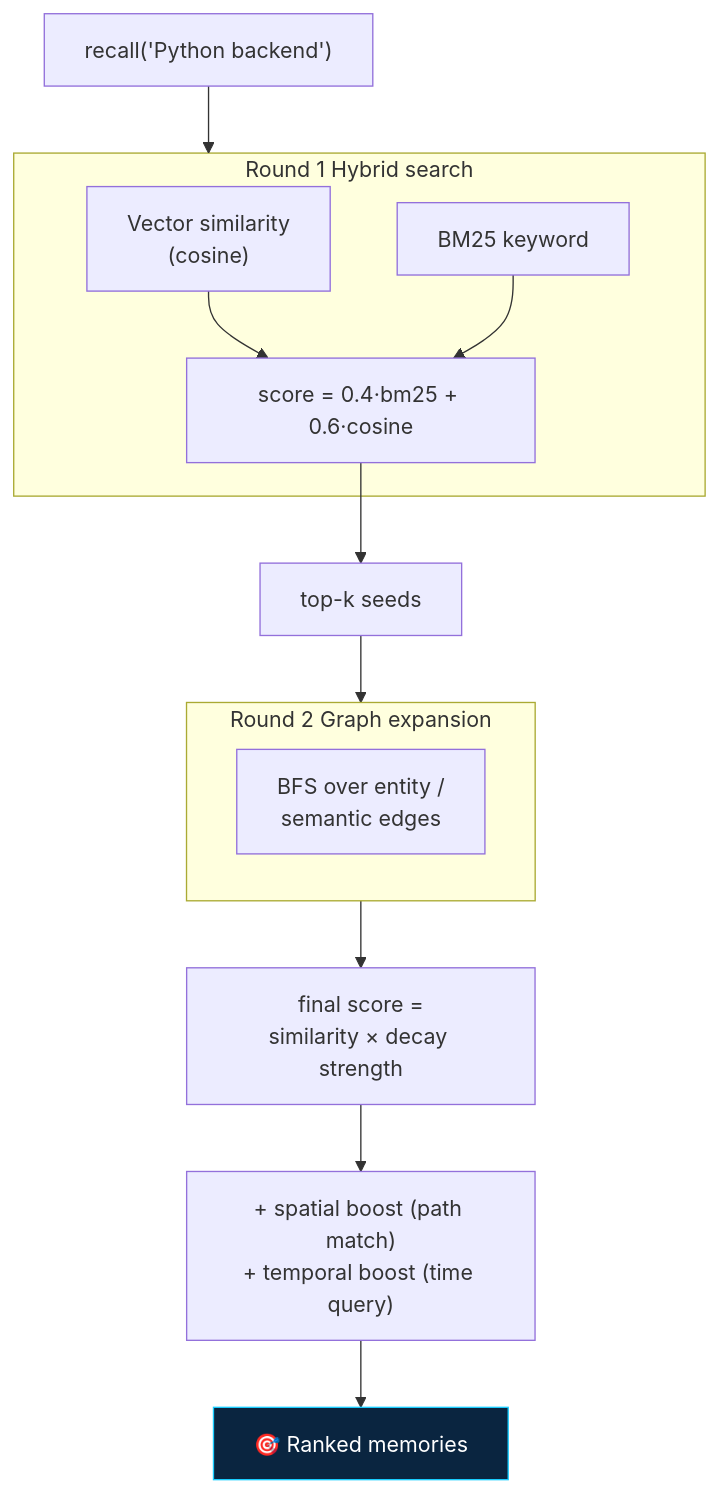
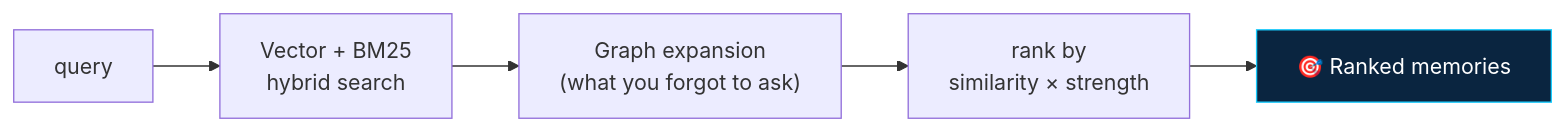
One commit to sachitrafa/YourMemory changed the fourth of 7 diagrams in README.md. Above: the diagram before and after it, drawn with Mermaid. The commit also changed other lines of this file, not shown here.

Commit message:
docs: simplify architecture + retrieval diagrams to overviews
Replace the detailed full-architecture flowchart with a high-level overview
(client ↔ YourMemory ↔ memory/audit) and collapse the multi-round retrieval
pipeline into a simple 4-step overview. Less internal detail, clearer at a glance.

````diff
--- a/README.md
+++ b/README.md
@@ -201,18 +201,8 @@
 ```mermaid
-flowchart TB
-    Q["recall('Python backend')"] --> R1
-    subgraph R1 [Round 1 Hybrid search]
-        V["Vector similarity<br/>(cosine)"]
-        B["BM25 keyword"]
-        V & B --> H["score = 0.4·bm25 + 0.6·cosine"]
-    end
-    H --> SEEDS["top-k seeds"]
-    SEEDS --> R2
-    subgraph R2 [Round 2 Graph expansion]
-        BFS["BFS over entity /<br/>semantic edges"]
-    end
-    R2 --> SCORE["final score =<br/>similarity × decay strength"]
-    SCORE --> BOOST["+ spatial boost (path match)<br/>+ temporal boost (time query)"]
-    BOOST --> OUT["🎯 Ranked memories"]
+flowchart LR
+    Q["query"] --> R1["Vector + BM25<br/>hybrid search"]
+    R1 --> R2["Graph expansion<br/>(what you forgot to ask)"]
+    R2 --> S["rank by<br/>similarity × strength"]
+    S --> OUT["🎯 Ranked memories"]
     style OUT fill:#0a2540,stroke:#19cdff,color:#fff
 ```
````
